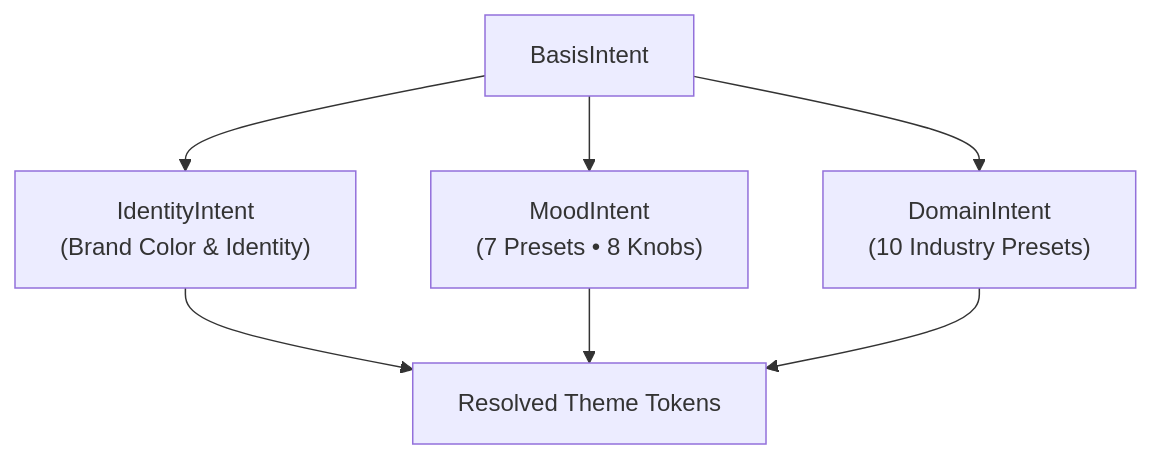
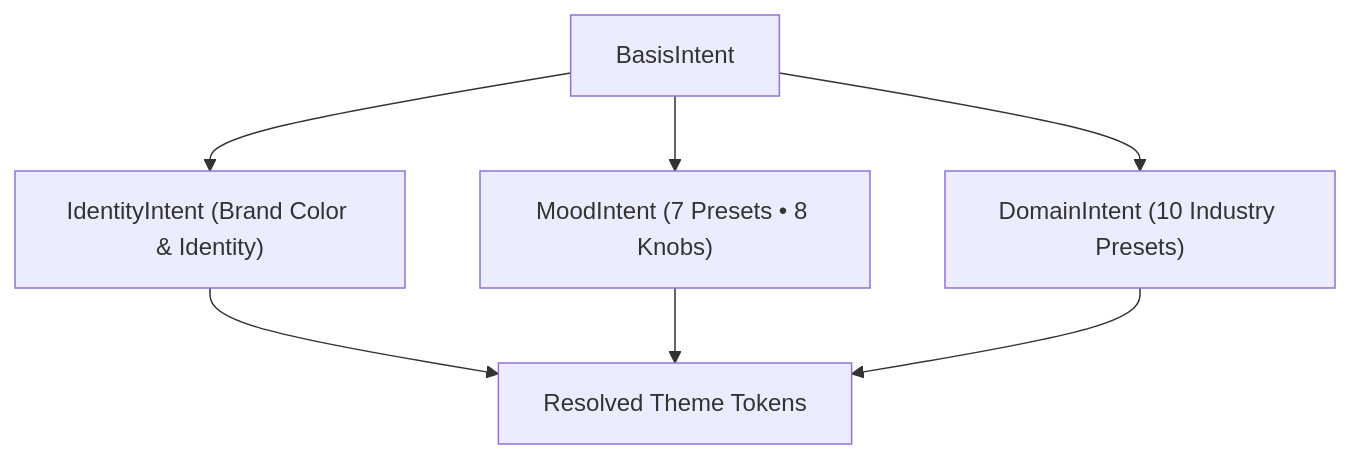
Before and after one commit to alph-a07/basis: the diagram in docs/docs-site/src/content/docs/theming/intent.mdx, drawn with Mermaid. The commit also changed 8 other files, not shown here.

Commit message:
fix(docs): resolve mermaid code block selector and render interactive diagrams

````diff
--- a/docs/docs-site/src/content/docs/theming/intent.mdx
+++ b/docs/docs-site/src/content/docs/theming/intent.mdx
@@ -11,10 +11,10 @@
 ```mermaid
 flowchart TD
-    Root["BasisIntent"] --> ID["IdentityIntent<br/>(Brand Color & Identity)"]
-    Root --> Mood["MoodIntent<br/>(7 Presets • 8 Knobs)"]
-    Root --> Dom["DomainIntent<br/>(10 Industry Presets)"]
+    Root["BasisIntent"] --> ID["IdentityIntent (Brand Color & Identity)"]
+    Root --> Mood["MoodIntent (7 Presets • 8 Knobs)"]
+    Root --> Dom["DomainIntent (10 Industry Presets)"]
 
     ID --> Out["Resolved Theme Tokens"]
     Mood --> Out
     Dom --> Out
 ```
````
